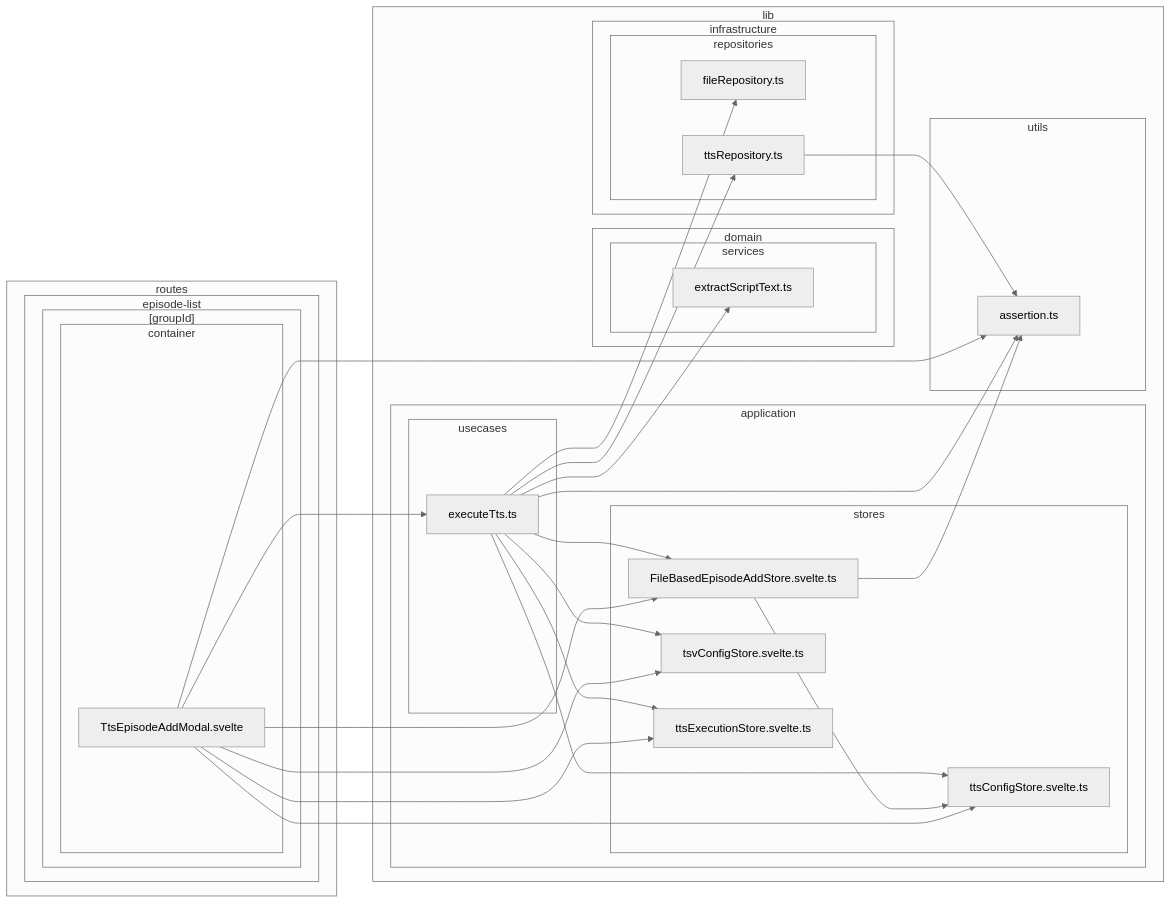
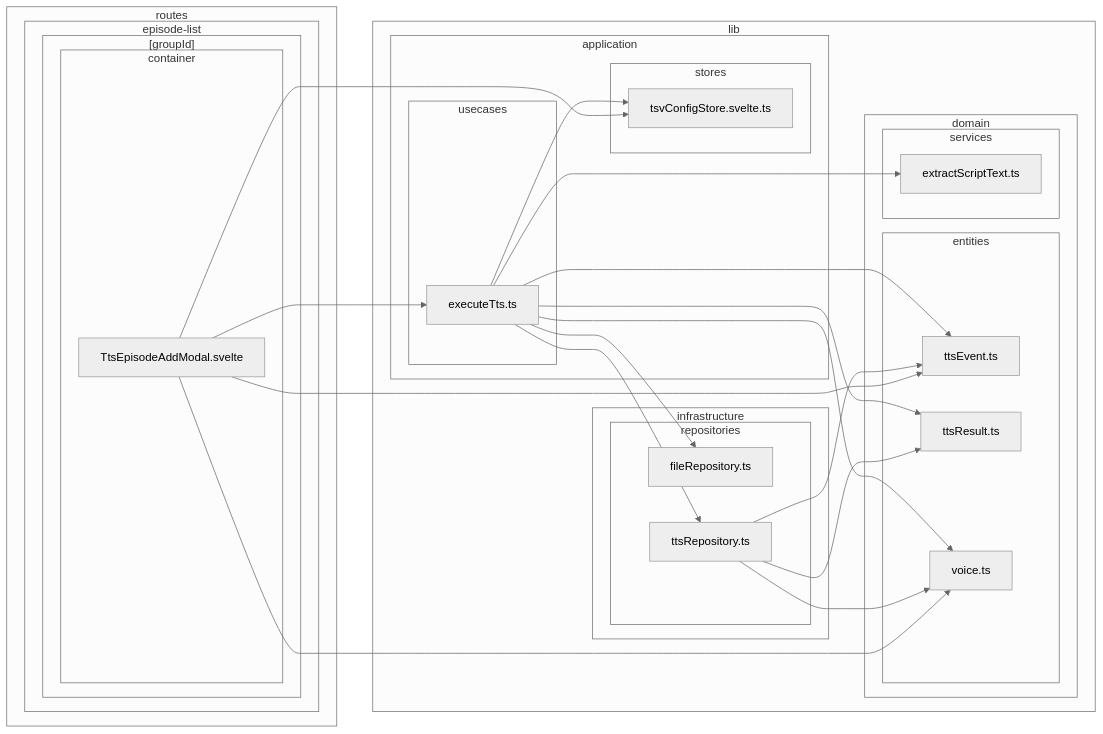
Before and after one commit to k5n/kotonoha: diagram 13 of 38 in doc/dependency-graph.md, drawn with Mermaid (neutral theme). The commit also changed 7 other files, not shown here.

Commit message:
refactor: Update TTS execution and model download logic to improve error handling and progress tracking

````diff
--- a/doc/dependency-graph.md
+++ b/doc/dependency-graph.md
@@ -585,56 +585,52 @@
 ```mermaid
 graph LR
         subgraph sg_lib ["lib"]
             subgraph sg_lib_application ["application"]
                 subgraph sg_lib_application_stores ["stores"]
-                    src_lib_application_stores_FileBasedEpisodeAddStore_svelte_ts["FileBasedEpisodeAddStore.svelte.ts"]
                     src_lib_application_stores_tsvConfigStore_svelte_ts["tsvConfigStore.svelte.ts"]
-                    src_lib_application_stores_ttsConfigStore_svelte_ts["ttsConfigStore.svelte.ts"]
-                    src_lib_application_stores_ttsExecutionStore_svelte_ts["ttsExecutionStore.svelte.ts"]
                 end
                 subgraph sg_lib_application_usecases ["usecases"]
                     src_lib_application_usecases_executeTts_ts["executeTts.ts"]
                 end
             end
             subgraph sg_lib_domain ["domain"]
+                subgraph sg_lib_domain_entities ["entities"]
+                    src_lib_domain_entities_ttsEvent_ts["ttsEvent.ts"]
+                    src_lib_domain_entities_ttsResult_ts["ttsResult.ts"]
+                    src_lib_domain_entities_voice_ts["voice.ts"]
+                end
                 subgraph sg_lib_domain_services ["services"]
                     src_lib_domain_services_extractScriptText_ts["extractScriptText.ts"]
                 end
             end
             subgraph sg_lib_infrastructure ["infrastructure"]
                 subgraph sg_lib_infrastructure_repositories ["repositories"]
                     src_lib_infrastructure_repositories_fileRepository_ts["fileRepository.ts"]
                     src_lib_infrastructure_repositories_ttsRepository_ts["ttsRepository.ts"]
                 end
-            end
-            subgraph sg_lib_utils ["utils"]
-                src_lib_utils_assertion_ts["assertion.ts"]
             end
         end
         subgraph sg_routes ["routes"]
             subgraph sg_routes_episode_list ["episode-list"]
                 subgraph sg_routes_episode_list__groupId_ ["[groupId]"]
                     subgraph sg_routes_episode_list__groupId__container ["container"]
                         src_routes_episode_list__groupId__container_TtsEpisodeAddModal_svelte["TtsEpisodeAddModal.svelte"]
                     end
                 end
             end
         end
-    src_lib_application_usecases_executeTts_ts --> src_lib_application_stores_FileBasedEpisodeAddStore_svelte_ts
     src_lib_application_usecases_executeTts_ts --> src_lib_application_stores_tsvConfigStore_svelte_ts
-    src_lib_application_usecases_executeTts_ts --> src_lib_application_stores_ttsConfigStore_svelte_ts
-    src_lib_application_usecases_executeTts_ts --> src_lib_application_stores_ttsExecutionStore_svelte_ts
+    src_lib_application_usecases_executeTts_ts --> src_lib_domain_entities_ttsEvent_ts
+    src_lib_application_usecases_executeTts_ts --> src_lib_domain_entities_ttsResult_ts
+    src_lib_application_usecases_executeTts_ts --> src_lib_domain_entities_voice_ts
     src_lib_application_usecases_executeTts_ts --> src_lib_domain_services_extractScriptText_ts
     src_lib_application_usecases_executeTts_ts --> src_lib_infrastructure_repositories_fileRepository_ts
     src_lib_application_usecases_executeTts_ts --> src_lib_infrastructure_repositories_ttsRepository_ts
-    src_lib_application_usecases_executeTts_ts --> src_lib_utils_assertion_ts
-    src_lib_application_stores_FileBasedEpisodeAddStore_svelte_ts --> src_lib_application_stores_ttsConfigStore_svelte_ts
-    src_lib_application_stores_FileBasedEpisodeAddStore_svelte_ts --> src_lib_utils_assertion_ts
-    src_lib_infrastructure_repositories_ttsRepository_ts --> src_lib_utils_assertion_ts
-    src_routes_episode_list__groupId__container_TtsEpisodeAddModal_svelte --> src_lib_application_stores_FileBasedEpisodeAddStore_svelte_ts
+    src_lib_infrastructure_repositories_ttsRepository_ts --> src_lib_domain_entities_ttsEvent_ts
+    src_lib_infrastructure_repositories_ttsRepository_ts --> src_lib_domain_entities_ttsResult_ts
+    src_lib_infrastructure_repositories_ttsRepository_ts --> src_lib_domain_entities_voice_ts
     src_routes_episode_list__groupId__container_TtsEpisodeAddModal_svelte --> src_lib_application_stores_tsvConfigStore_svelte_ts
-    src_routes_episode_list__groupId__container_TtsEpisodeAddModal_svelte --> src_lib_application_stores_ttsConfigStore_svelte_ts
-    src_routes_episode_list__groupId__container_TtsEpisodeAddModal_svelte --> src_lib_application_stores_ttsExecutionStore_svelte_ts
     src_routes_episode_list__groupId__container_TtsEpisodeAddModal_svelte --> src_lib_application_usecases_executeTts_ts
-    src_routes_episode_list__groupId__container_TtsEpisodeAddModal_svelte --> src_lib_utils_assertion_ts
+    src_routes_episode_list__groupId__container_TtsEpisodeAddModal_svelte --> src_lib_domain_entities_ttsEvent_ts
+    src_routes_episode_list__groupId__container_TtsEpisodeAddModal_svelte --> src_lib_domain_entities_voice_ts
 ```
````
